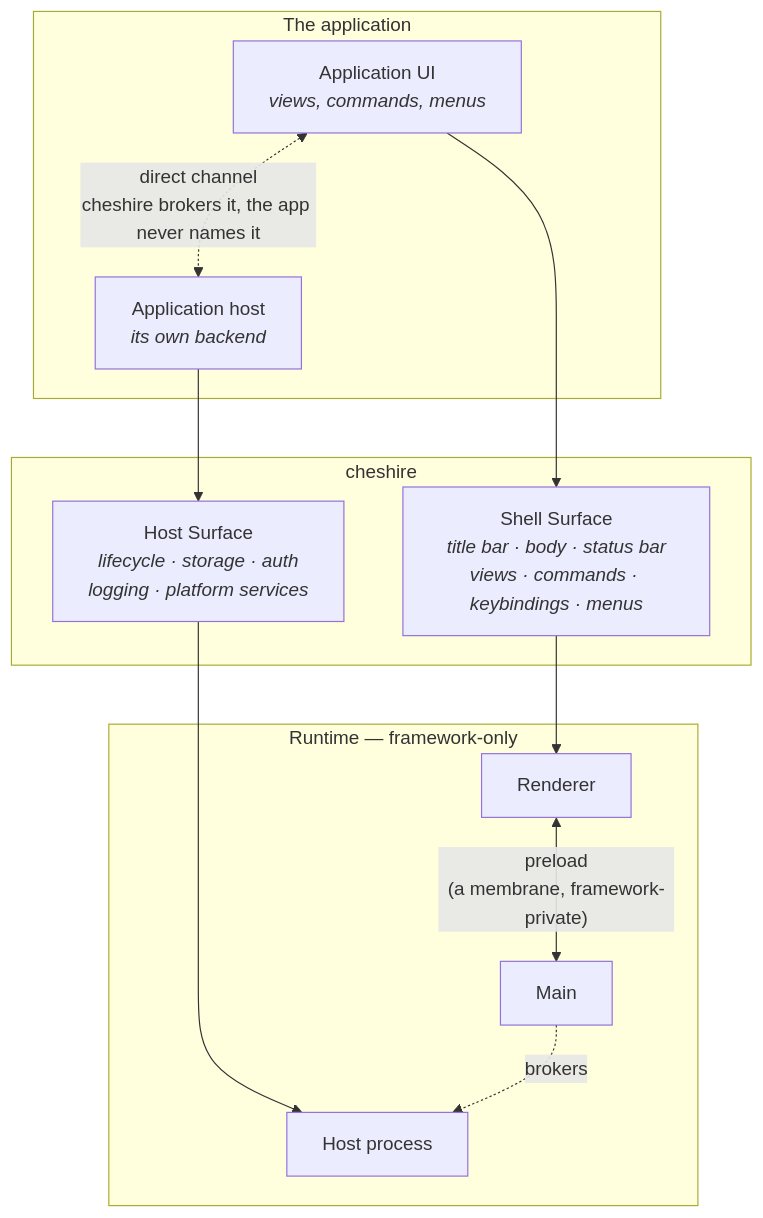
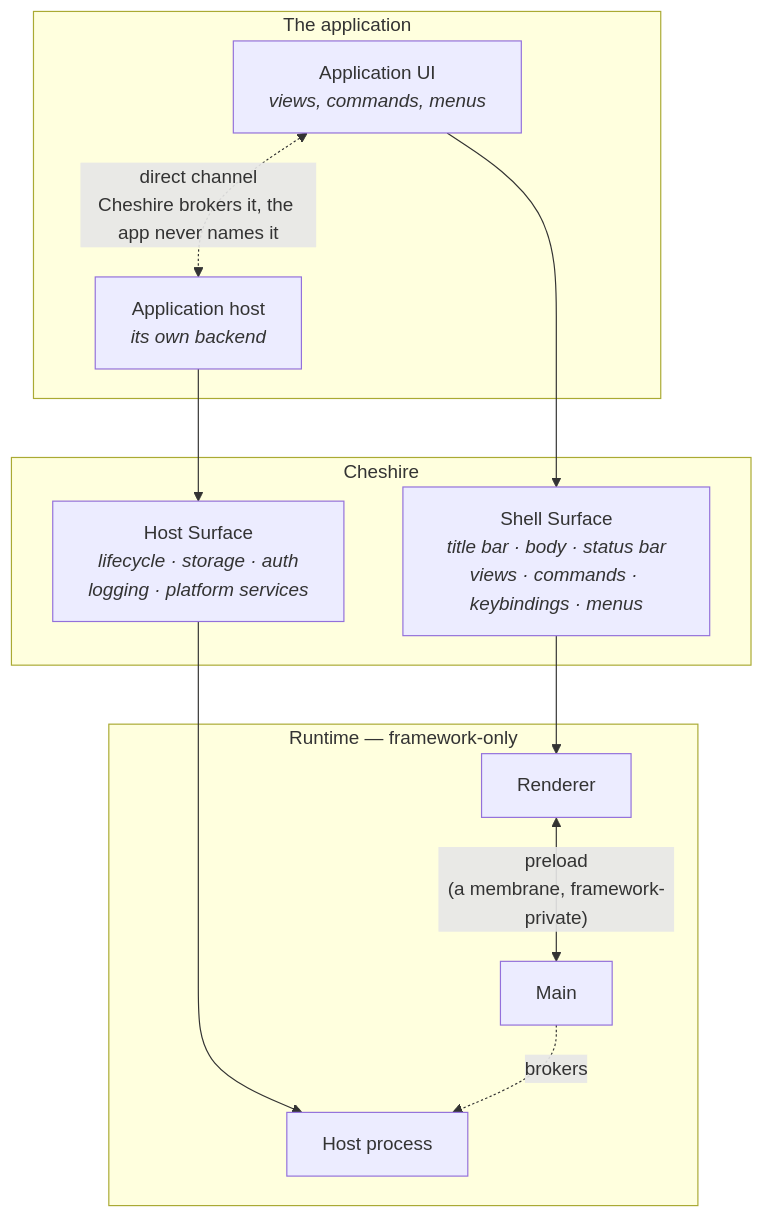
One commit to meersajidh/cheshire changed the diagram in docs/application-surface.md. Above: the diagram before and after it, drawn with Mermaid. The commit also changed other lines of this file and 10 other files, not shown here.

First line of the commit message:
docs: rework design-and-roadmap; Cheshire vs cheshire

````diff
--- a/docs/application-surface.md
+++ b/docs/application-surface.md
@@ -122,26 +124,26 @@
 ```mermaid
 flowchart TB
   subgraph app["The application"]
     UI["Application UI<br/><i>views, commands, menus</i>"]
     HOST["Application host<br/><i>its own backend</i>"]
   end
 
-  subgraph cheshire["cheshire"]
+  subgraph cheshire["Cheshire"]
     WS["Shell Surface<br/><i>title bar · body · status bar<br/>views · commands · keybindings · menus</i>"]
     HS["Host Surface<br/><i>lifecycle · storage · auth<br/>logging · platform services</i>"]
   end
 
   subgraph rt["Runtime — framework-only"]
     R["Renderer"]
     M["Main"]
     H["Host process"]
   end
 
   UI --> WS
   HOST --> HS
   WS --> R
   HS --> H
   R <-->|"preload<br/>(a membrane, framework-private)"| M
   M -. brokers .-> H
-  UI <-.->|"direct channel<br/>cheshire brokers it, the app never names it"| HOST
+  UI <-.->|"direct channel<br/>Cheshire brokers it, the app never names it"| HOST
 ```
````
